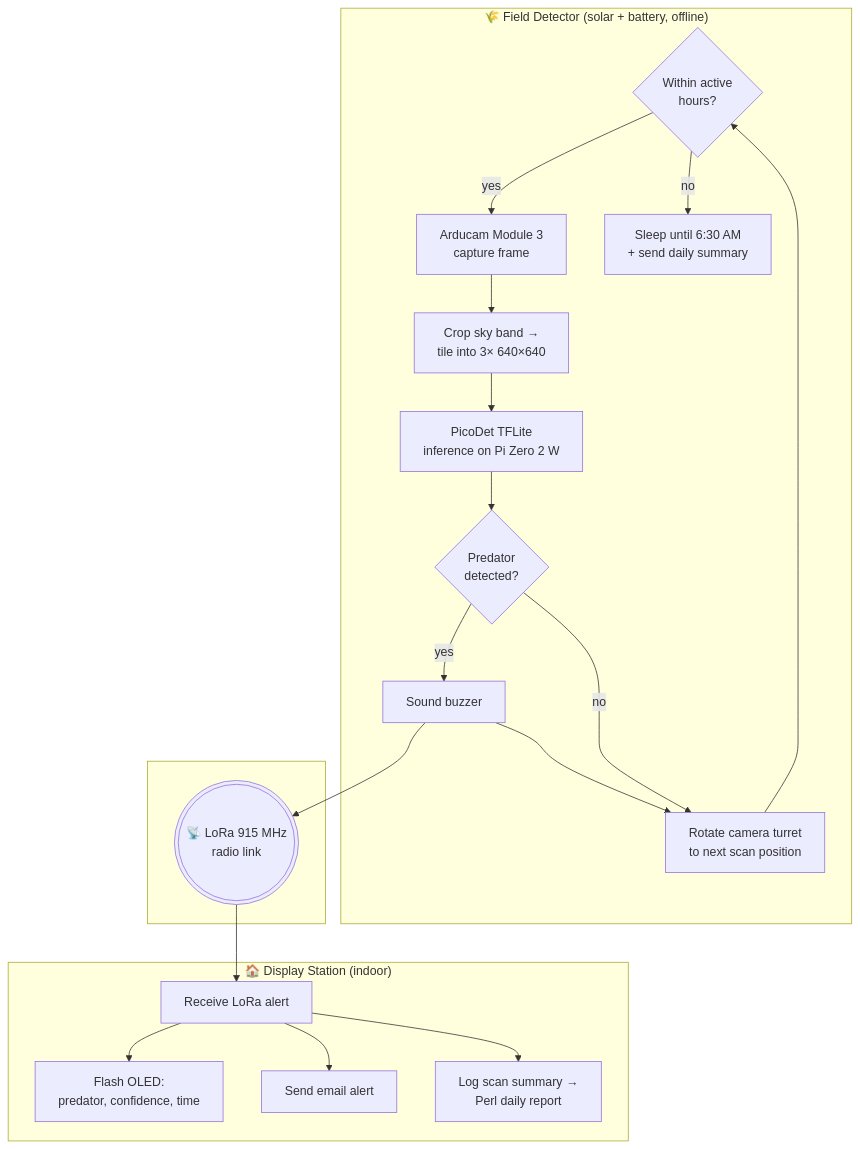
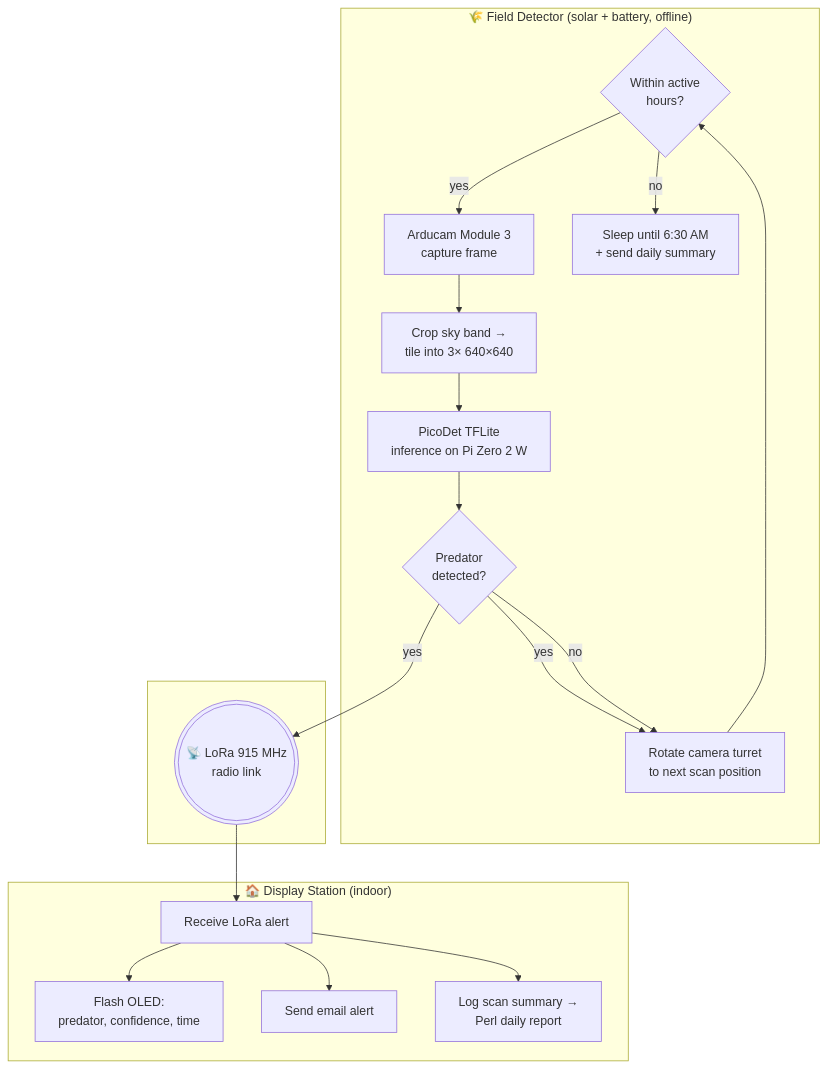
One commit to JZVince/spotpredator changed the diagram in README.md. Above: the diagram before and after it, drawn with Mermaid. The commit also changed other lines of this file and 16 other files, not shown here.

````diff
--- a/README.md
+++ b/README.md
@@ -107,36 +106,35 @@
 ```mermaid
 flowchart TD
     subgraph FIELD["🌾 Field Detector (solar + battery, offline)"]
         SCHED{Within active<br/>hours?}
         CAM[Arducam Module 3<br/>capture frame]
         CROP[Crop sky band →<br/>tile into 3× 640×640]
         YOLO[PicoDet TFLite<br/>inference on Pi Zero 2 W]
         HIT{Predator<br/>detected?}
-        BUZZ[Sound buzzer]
         MOTOR[Rotate camera turret<br/>to next scan position]
         SLEEP[Sleep until 6:30 AM<br/>+ send daily summary]
     end
 
     subgraph LINK[" "]
         LORA(((📡 LoRa 915 MHz<br/>radio link)))
     end
 
     subgraph HOME["🏠 Display Station (indoor)"]
         RX[Receive LoRa alert]
         OLED[Flash OLED:<br/>predator, confidence, time]
         EMAIL[Send email alert]
         REPORT[Log scan summary →<br/>Perl daily report]
     end
 
     SCHED -- yes --> CAM
     SCHED -- no --> SLEEP
     CAM --> CROP --> YOLO --> HIT
-    HIT -- yes --> BUZZ --> LORA
+    HIT -- yes --> LORA
+    HIT -- yes --> MOTOR
     HIT -- no --> MOTOR
-    BUZZ --> MOTOR
     MOTOR --> SCHED
     LORA --> RX
     RX --> OLED
     RX --> EMAIL
     RX --> REPORT
 ```
````
